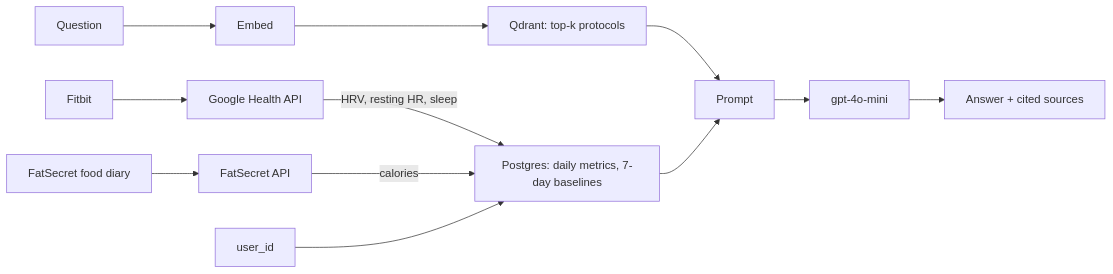
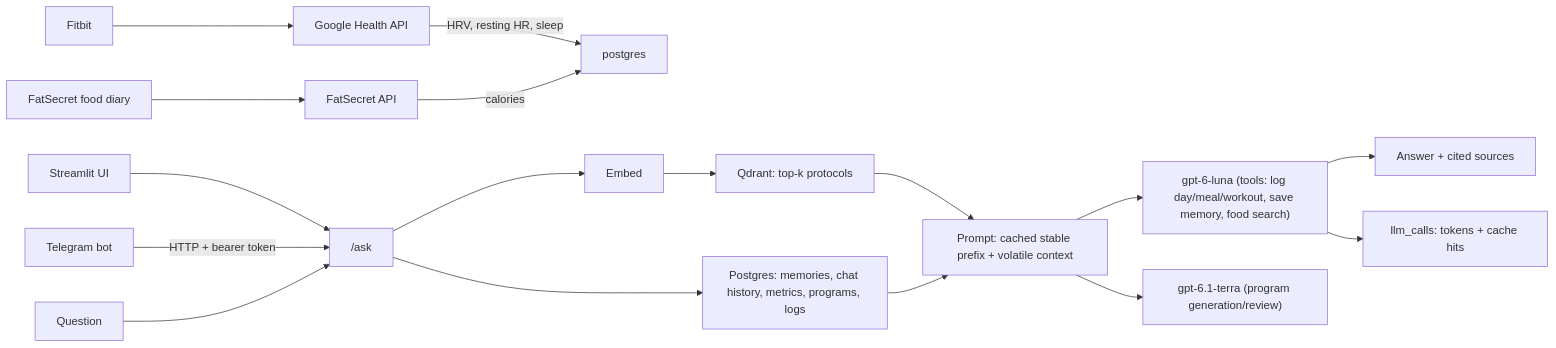
One commit to suleymanbaran/ai-fitness-coach changed the diagram in README.md. Above: the diagram before and after it, drawn with Mermaid. The commit also changed other lines of this file, not shown here.

Commit message:
README: two-tier models and prompt caching, Telegram bot + launchd, FatSecret free-tier reality, templates, fiber, Fitbit data types, React dashboard

````diff
--- a/README.md
+++ b/README.md
@@ -33,14 +58,19 @@
 ```mermaid
 flowchart LR
   fitbit[Fitbit] --> google["Google Health API"]
   diary[FatSecret food diary] --> fatsecret[FatSecret API]
   google -->|"HRV, resting HR, sleep"| postgres
   fatsecret -->|calories| postgres
-  question[Question] --> embed[Embed]
+  web[Streamlit UI] --> api
+  tg[Telegram bot] -->|"HTTP + bearer token"| api
+  question[Question] --> api["/ask"]
+  api --> embed[Embed]
   embed --> qdrant["Qdrant: top-k protocols"]
-  userId[user_id] --> postgres["Postgres: daily metrics, 7-day baselines"]
-  qdrant --> prompt[Prompt]
-  postgres --> prompt
-  prompt --> llm[gpt-4o-mini]
-  llm --> answer["Answer + cited sources"]
+  api --> memory["Postgres: memories, chat history, metrics, programs, logs"]
+  qdrant --> prompt["Prompt: cached stable prefix + volatile context"]
+  memory --> prompt
+  prompt --> luna["gpt-6-luna (tools: log day/meal/workout, save memory, food search)"]
+  prompt --> terra["gpt-6.1-terra (program generation/review)"]
+  luna --> answer["Answer + cited sources"]
+  luna --> usage["llm_calls: tokens + cache hits"]
 ```
````
